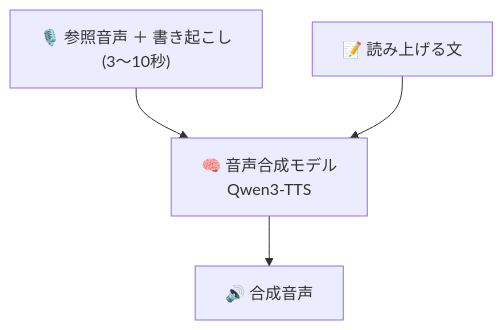
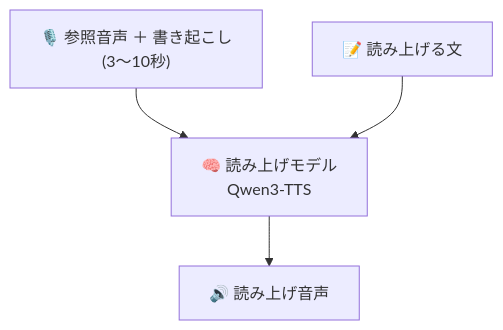
One commit to mossan-hoshi/happy-collapse-maker changed the first of 2 diagrams in README.md. Above: the diagram before and after it, drawn with Mermaid. The commit also changed other lines of this file, not shown here.

````diff
--- a/README.md
+++ b/README.md
@@ -28,8 +28,8 @@
 ```mermaid
 %% **縦向き (TB)。**横向きだと図が右へ伸びて、GitHub の mermaid ビューアの
 %% 操作ボタン (右端に固定) と重なり、右端のノードが隠れる。
 flowchart TB
-  N1["🎙️ 参照音声 ＋ 書き起こし<br/>(3〜10秒)"] --> NM["🧠 音声合成モデル<br/>Qwen3-TTS"]
+  N1["🎙️ 参照音声 ＋ 書き起こし<br/>(3〜10秒)"] --> NM["🧠 読み上げモデル<br/>Qwen3-TTS"]
   N2["📝 読み上げる文"] --> NM
-  NM --> NO["🔊 合成音声"]
+  NM --> NO["🔊 読み上げ音声"]
 ```
````
